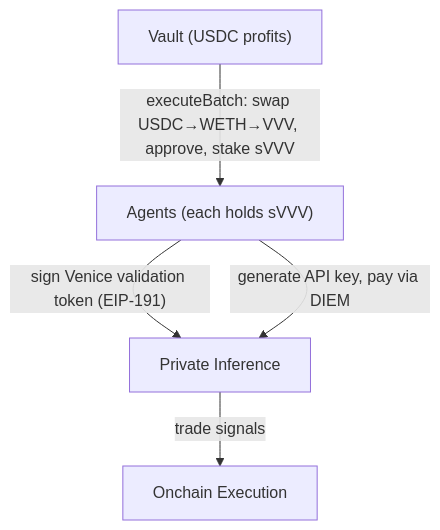
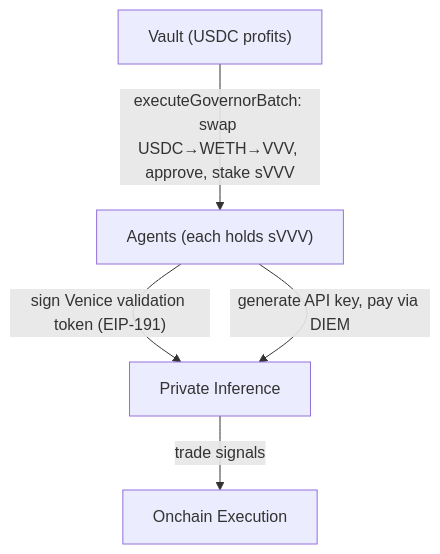
One commit to sherwoodagent/mintlify-docs changed the diagram in reference/integrations/venice.mdx. Above: the diagram before and after it, drawn with Mermaid. The commit also changed other lines of this file and 22 other files, not shown here.

````diff
--- a/reference/integrations/venice.mdx
+++ b/reference/integrations/venice.mdx
@@ -11,7 +11,7 @@
 ```mermaid
 graph TD
-    V["Vault (USDC profits)"] -->|"executeBatch: swap USDC→WETH→VVV, approve, stake sVVV"| A["Agents (each holds sVVV)"]
+    V["Vault (USDC profits)"] -->|"executeGovernorBatch: swap USDC→WETH→VVV, approve, stake sVVV"| A["Agents (each holds sVVV)"]
     A -->|"sign Venice validation token (EIP-191)"| I["Private Inference"]
     A -->|"generate API key, pay via DIEM"| I
     I -->|"trade signals"| E["Onchain Execution"]
 ```
````
